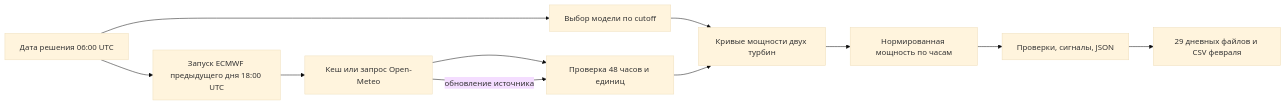
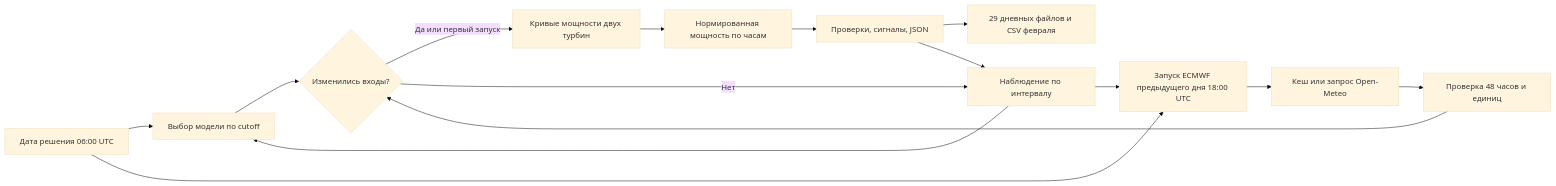
One commit to BAITC-Hacks/hack-c04b1cb2-m-m-s changed the diagram in docs/ARCHITECTURE.md. Above: the diagram before and after it, drawn with Mermaid (base theme). The commit also changed other lines of this file and 12 other files, not shown here.

````diff
--- a/docs/ARCHITECTURE.md
+++ b/docs/ARCHITECTURE.md
@@ -5,13 +5,17 @@
 ```mermaid
 flowchart LR
   A[Дата решения 06:00 UTC] --> B[Выбор модели по cutoff]
   A --> C[Запуск ECMWF предыдущего дня 18:00 UTC]
   C --> D[Кеш или запрос Open-Meteo]
   D --> E[Проверка 48 часов и единиц]
-  B --> F[Кривые мощности двух турбин]
-  E --> F
+  K -->|Да или первый запуск| F[Кривые мощности двух турбин]
   F --> G[Нормированная мощность по часам]
   G --> H[Проверки, сигналы, JSON]
   H --> I[29 дневных файлов и CSV февраля]
-  D -->|обновление источника| E
+  J[Наблюдение по интервалу] --> C
+  J --> B
+  E --> K{Изменились входы?}
+  B --> K
+  K -->|Нет| J
+  H --> J
 ```
````
